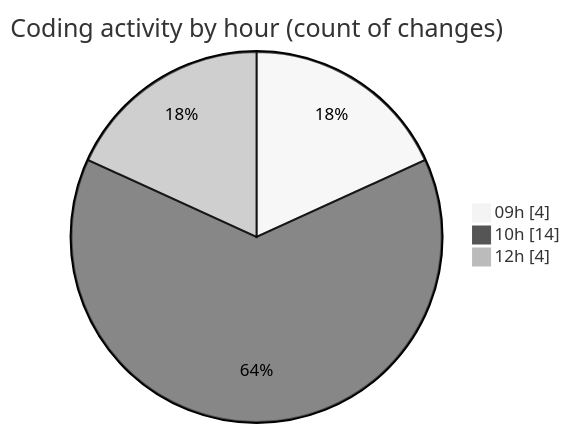
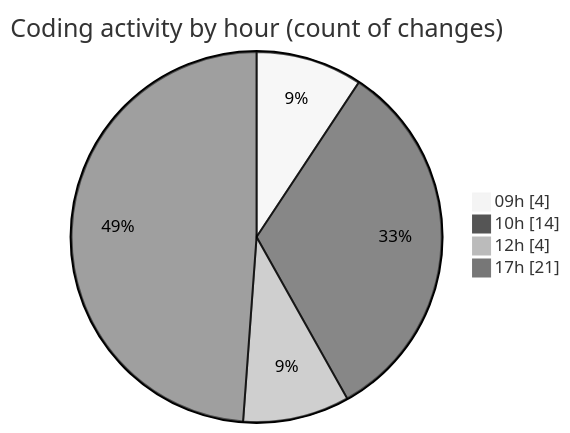
Before and after one commit to Elitesun/code-tracking: the second of 2 diagrams in 2025-05-06/niten/README.md, drawn with Mermaid (neutral theme). The commit also changed other lines of this file and 1 other file, not shown here.

````diff
--- a/2025-05-06/niten/README.md
+++ b/2025-05-06/niten/README.md
@@ -34,7 +46,8 @@
 ```mermaid
 pie showData
 title Coding activity by hour (count of changes)
 "09h" : 4
 "10h" : 14
 "12h" : 4
+"17h" : 21
 ```
````
